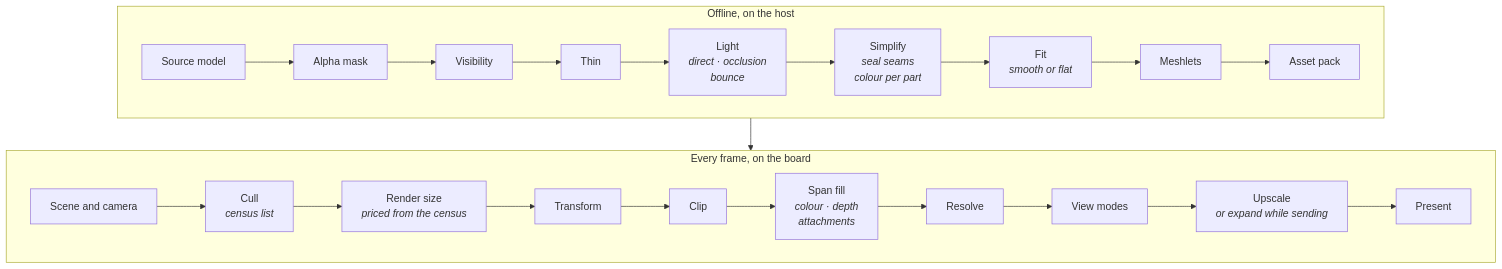
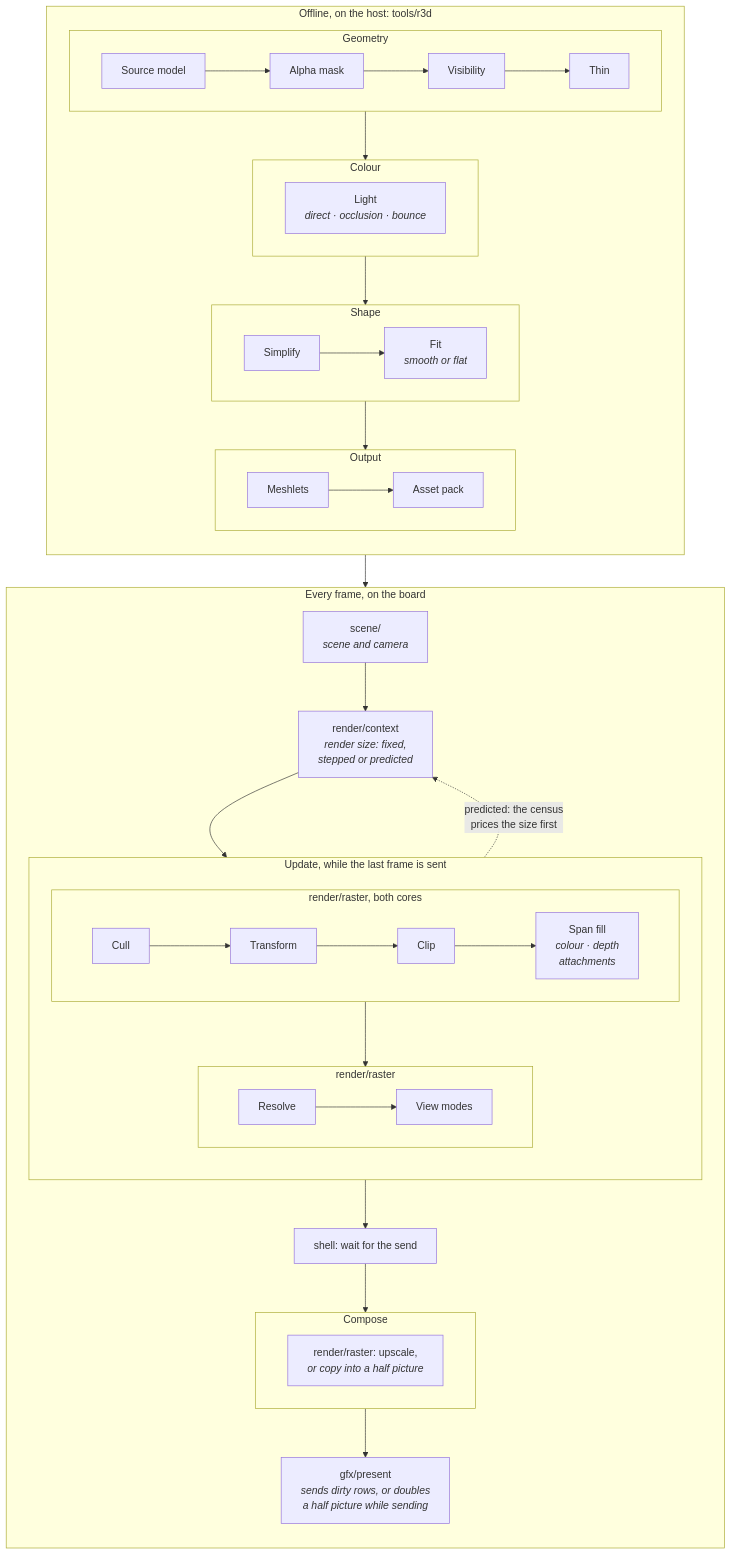
The diagram in docs/render/Render-Pipeline.md (jose-villegas/autana), drawn with Mermaid before and after one commit. The commit also changed other lines of this file and 14 other files, not shown here.

Commit message:
render: unify pipeline measurements and document frame ownership

````diff
--- a/docs/render/Render-Pipeline.md
+++ b/docs/render/Render-Pipeline.md
@@ -12,12 +34,51 @@
 ```mermaid
 flowchart TB
-    subgraph Offline["Offline, on the host"]
-        direction LR
-        Src["Source model"] --> Mask["Alpha mask"] --> Vis["Visibility"] --> Thin["Thin"] --> Light["Light<br/><i>direct · occlusion<br/>bounce</i>"] --> Simp["Simplify<br/><i>seal seams<br/>colour per part</i>"] --> Fit["Fit<br/><i>smooth or flat</i>"] --> Mesh["Meshlets"] --> Pack["Asset pack"]
+    subgraph Host["Offline, on the host: tools/r3d"]
+        direction TB
+        subgraph Geometry["Geometry"]
+            direction LR
+            Src["Source model"] --> Mask["Alpha mask"] --> Vis["Visibility"] --> Thin["Thin"]
+        end
+        subgraph Colour["Colour"]
+            direction LR
+            Light["Light<br/><i>direct · occlusion · bounce</i>"]
+        end
+        subgraph Shape["Shape"]
+            direction LR
+            Simp["Simplify"] --> Fit["Fit<br/><i>smooth or flat</i>"]
+        end
+        subgraph Output["Output"]
+            direction LR
+            Mesh["Meshlets"] --> Pack["Asset pack"]
+        end
+        Thin --> Light
+        Light --> Simp
+        Fit --> Mesh
     end
-    subgraph Frame["Every frame, on the board"]
-        direction LR
-        Scene["Scene and camera"] --> Cull["Cull<br/><i>census list</i>"] --> Size["Render size<br/><i>priced from the census</i>"] --> Xf["Transform"] --> Clip["Clip"] --> Fill["Span fill<br/><i>colour · depth<br/>attachments</i>"] --> Res["Resolve"] --> View["View modes"] --> Up["Upscale<br/><i>or expand while sending</i>"] --> Present["Present"]
+    subgraph Board["Every frame, on the board"]
+        direction TB
+        Scene["scene/<br/><i>scene and camera</i>"] --> Size["render/context<br/><i>render size: fixed,<br/>stepped or predicted</i>"]
+        subgraph Update["Update, while the last frame is sent"]
+            direction TB
+            subgraph Draw["render/raster, both cores"]
+                direction LR
+                Cull["Cull"] --> Xf["Transform"] --> Clip["Clip"] --> Fill["Span fill<br/><i>colour · depth<br/>attachments</i>"]
+            end
+            subgraph Finish["render/raster"]
+                direction LR
+                Res["Resolve"] --> View["View modes"]
+            end
+            Fill --> Res
+        end
+        Wait["shell: wait for the send"]
+        subgraph Compose["Compose"]
+            direction LR
+            Up["render/raster: upscale,<br/><i>or copy into a half picture</i>"]
+        end
+        Present["gfx/present<br/><i>sends dirty rows, or doubles<br/>a half picture while sending</i>"]
+        Size --> Cull
+        Cull -. "predicted: the census<br/>prices the size first" .-> Size
+        View --> Wait --> Up --> Present
     end
-    Offline --> Frame
+    Pack --> Scene
 ```
````
